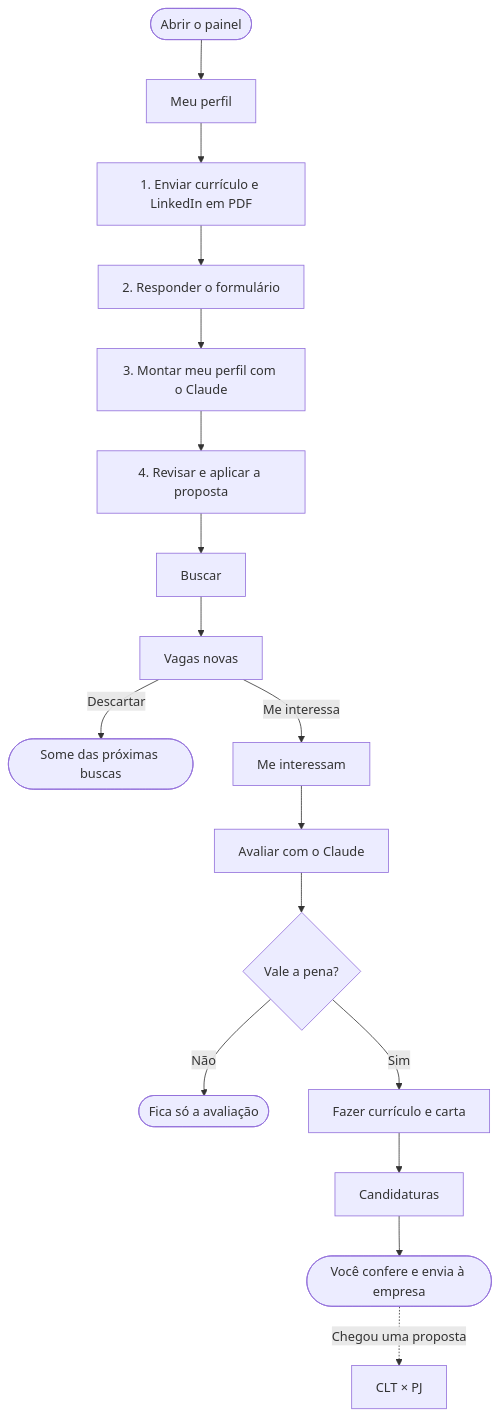
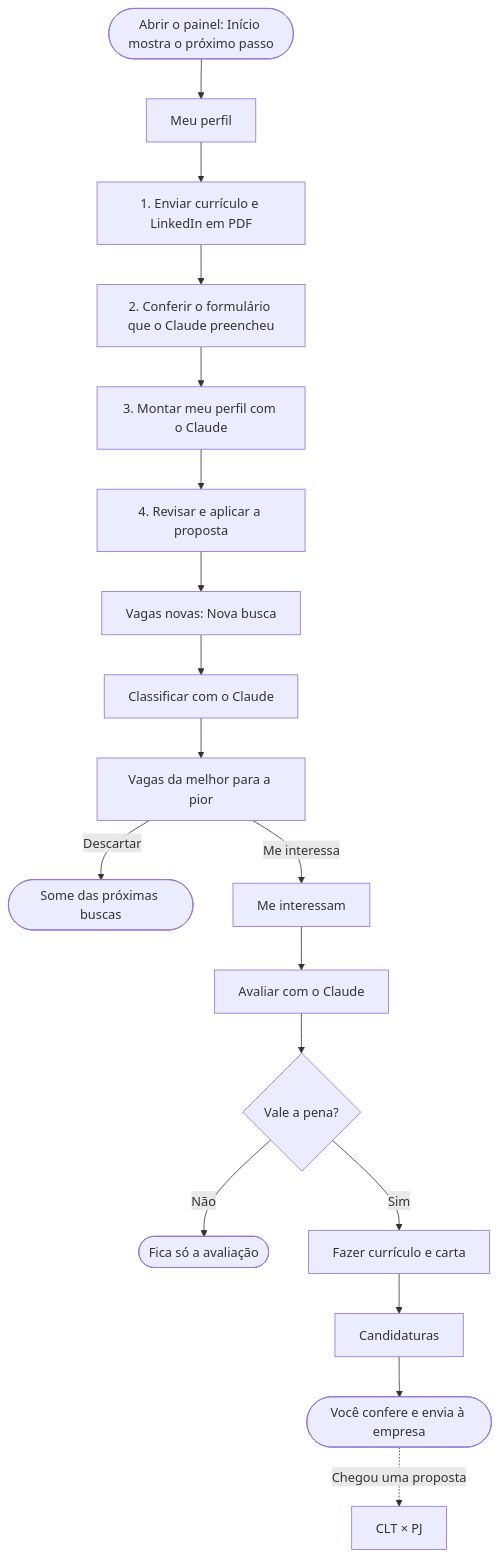
Before and after one commit to rosanapegasgodoy/job-pindorama: the diagram in PAINEL.md, drawn with Mermaid. The commit also changed other lines of this file and 10 other files, not shown here.

````diff
--- a/PAINEL.md
+++ b/PAINEL.md
@@ -17,19 +17,20 @@
 ```mermaid
 flowchart TD
-    A([Abrir o painel]) --> P[Meu perfil]
+    A([Abrir o painel: Início mostra o próximo passo]) --> P[Meu perfil]
     P --> P1[1. Enviar currículo e LinkedIn em PDF]
-    P1 --> P2[2. Responder o formulário]
+    P1 --> P2[2. Conferir o formulário que o Claude preencheu]
     P2 --> P3[3. Montar meu perfil com o Claude]
     P3 --> P4[4. Revisar e aplicar a proposta]
-    P4 --> B[Buscar]
-    B --> V[Vagas novas]
+    P4 --> B[Vagas novas: Nova busca]
+    B --> T[Classificar com o Claude]
+    T --> V[Vagas da melhor para a pior]
     V -->|Descartar| X([Some das próximas buscas])
     V -->|Me interessa| I[Me interessam]
     I --> I1[Avaliar com o Claude]
     I1 --> D{Vale a pena?}
     D -->|Não| X2([Fica só a avaliação])
     D -->|Sim| I2[Fazer currículo e carta]
     I2 --> C[Candidaturas]
     C --> E([Você confere e envia à empresa])
     E -.->|Chegou uma proposta| CP[CLT × PJ]
 ```
````
